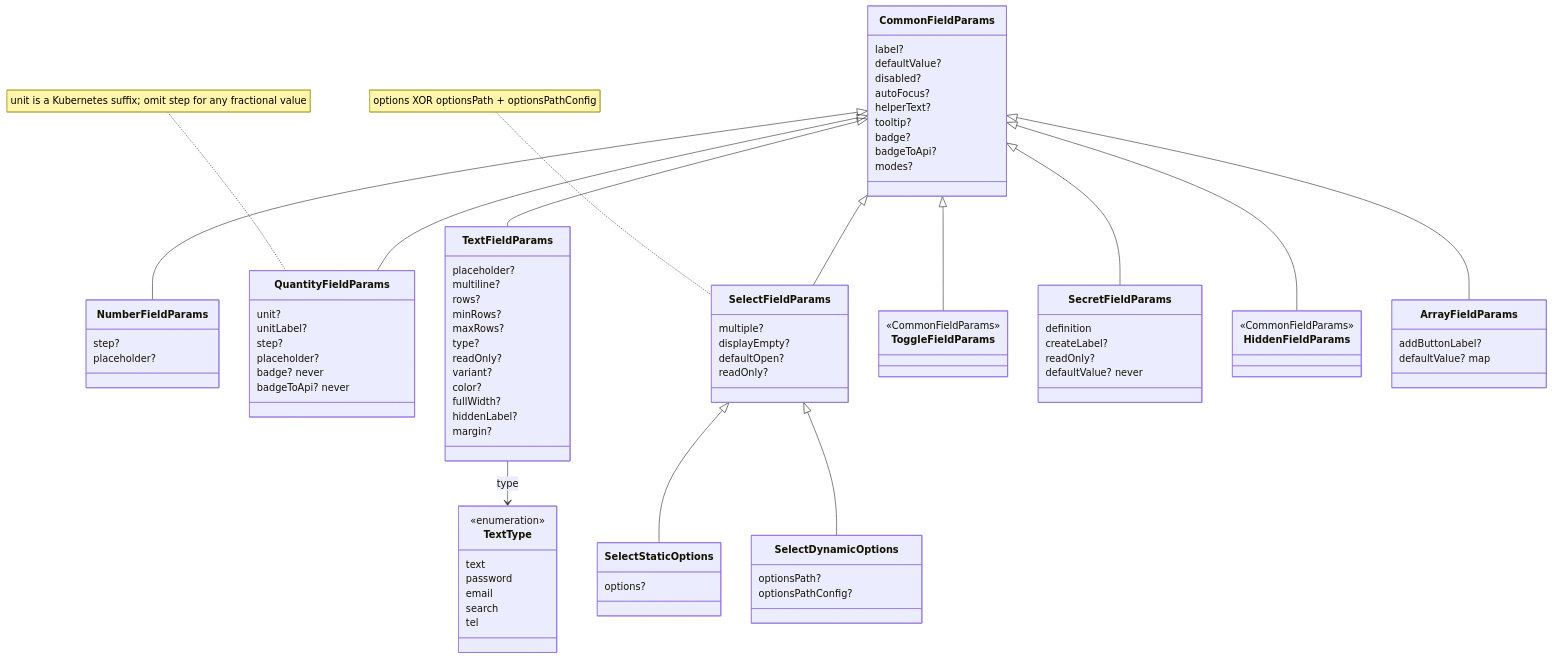
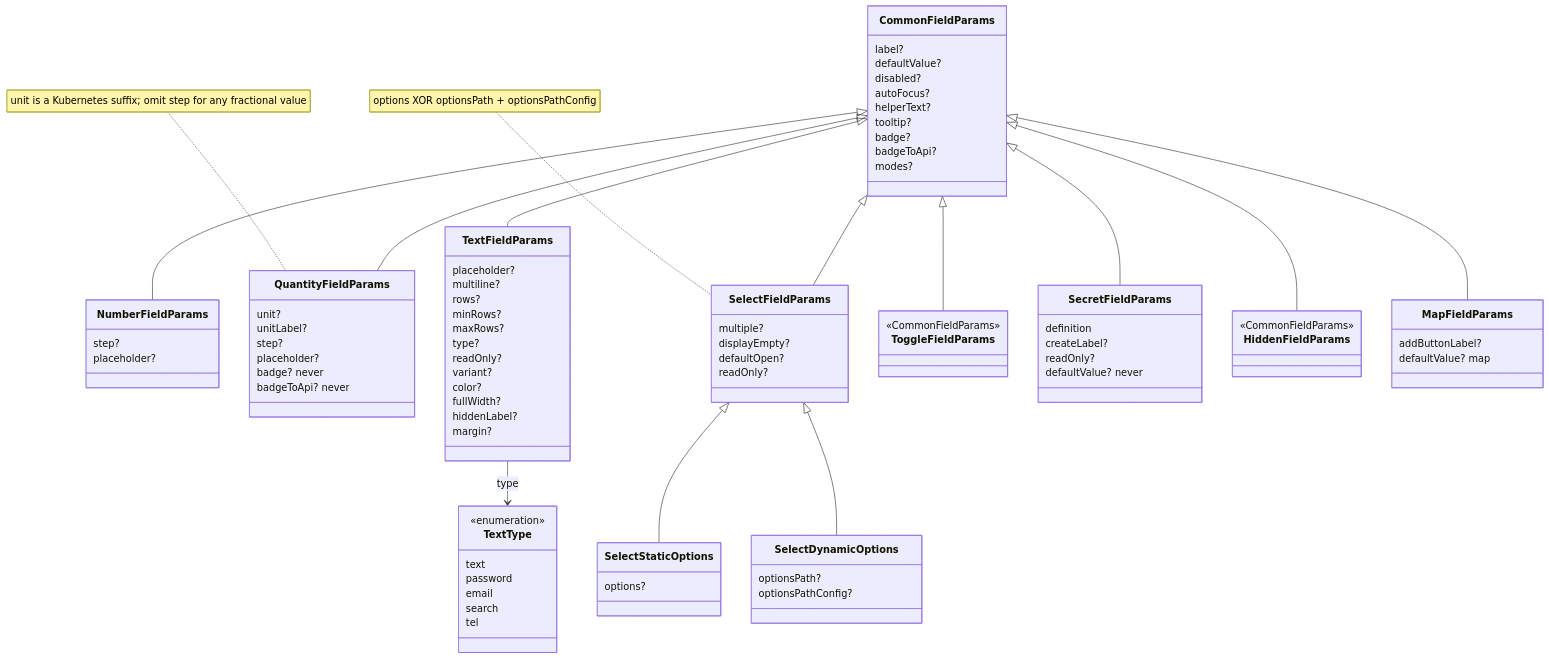
One commit to openeverest/openeverest changed the sixth of 7 diagrams in docs/ui/architecture/ui-generator/schema-reference.md. Above: the diagram before and after it, drawn with Mermaid. The commit also changed other lines of this file and 44 other files, not shown here.

First line of the commit message:
feat(ui-generator): turn the array field into a map field (Tech Preview)

```diff
--- a/docs/ui/architecture/ui-generator/schema-reference.md
+++ b/docs/ui/architecture/ui-generator/schema-reference.md
@@ -183,7 +190,7 @@
   class HiddenFieldParams {
     <<CommonFieldParams>>
   }
-  class ArrayFieldParams {
+  class MapFieldParams {
     addButtonLabel?
     defaultValue? map
   }
@@ -194,7 +201,7 @@
   CommonFieldParams <|-- ToggleFieldParams
   CommonFieldParams <|-- SecretFieldParams
   CommonFieldParams <|-- HiddenFieldParams
-  CommonFieldParams <|-- ArrayFieldParams
+  CommonFieldParams <|-- MapFieldParams
   TextFieldParams --> TextType : type
   SelectFieldParams <|-- SelectStaticOptions
   SelectFieldParams <|-- SelectDynamicOptions
```
